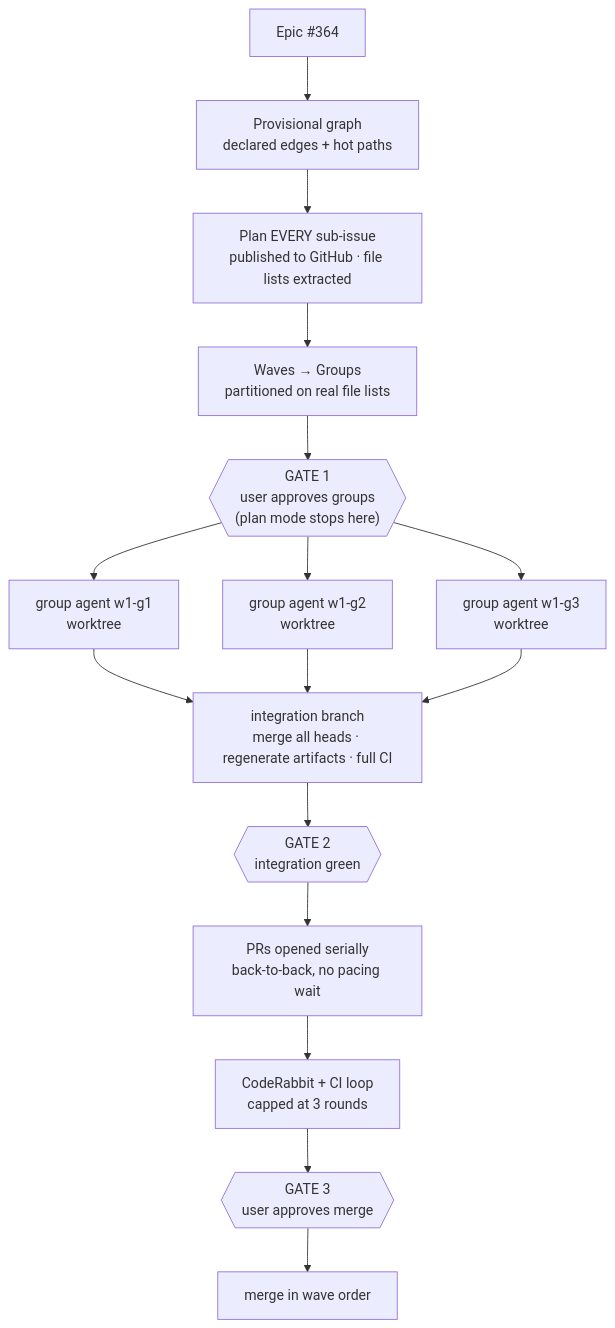
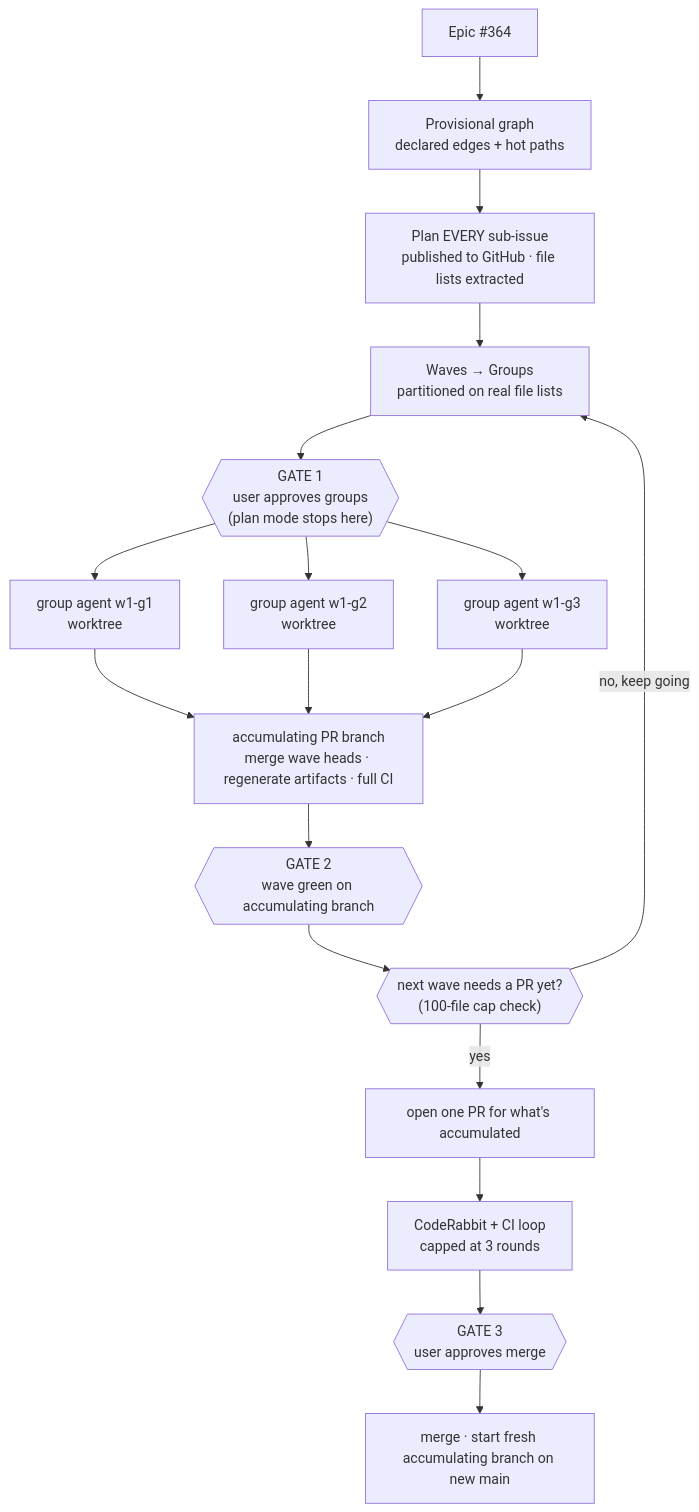
One commit to tareq89/biddaloy changed the diagram in .claude/skills/implement-epic/SKILL.md. Above: the diagram before and after it, drawn with Mermaid. The commit also changed other lines of this file, not shown here.

First line of the commit message:
docs(skills): consolidate implement-epic PRs, split only past the 100-file cap

````diff
--- a/.claude/skills/implement-epic/SKILL.md
+++ b/.claude/skills/implement-epic/SKILL.md
@@ -73,18 +73,20 @@
 ```mermaid
 flowchart TB
     E["Epic #364"] --> DG["Provisional graph\ndeclared edges + hot paths"]
     DG --> P["Plan EVERY sub-issue\npublished to GitHub · file lists extracted"]
     P --> W["Waves → Groups\npartitioned on real file lists"]
     W --> G1{{"GATE 1\nuser approves groups\n(plan mode stops here)"}}
     G1 --> A1["group agent w1-g1\nworktree"]
     G1 --> A2["group agent w1-g2\nworktree"]
     G1 --> A3["group agent w1-g3\nworktree"]
-    A1 --> INT["integration branch\nmerge all heads · regenerate artifacts · full CI"]
+    A1 --> INT["accumulating PR branch\nmerge wave heads · regenerate artifacts · full CI"]
     A2 --> INT
     A3 --> INT
-    INT --> G2{{"GATE 2\nintegration green"}}
-    G2 --> PR["PRs opened serially\nback-to-back, no pacing wait"]
+    INT --> G2{{"GATE 2\nwave green on accumulating branch"}}
+    G2 --> NW{{"next wave needs a PR yet?\n(100-file cap check)"}}
+    NW -->|no, keep going| W
+    NW -->|yes| PR["open one PR for what's accumulated"]
     PR --> CR["CodeRabbit + CI loop\ncapped at 3 rounds"]
     CR --> G3{{"GATE 3\nuser approves merge"}}
-    G3 --> M["merge in wave order"]
+    G3 --> M["merge · start fresh accumulating branch on new main"]
 ```
````
